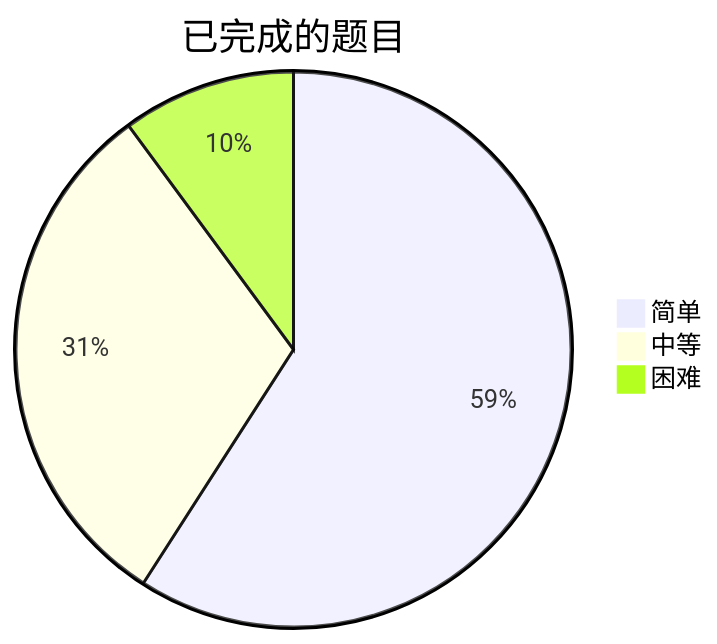
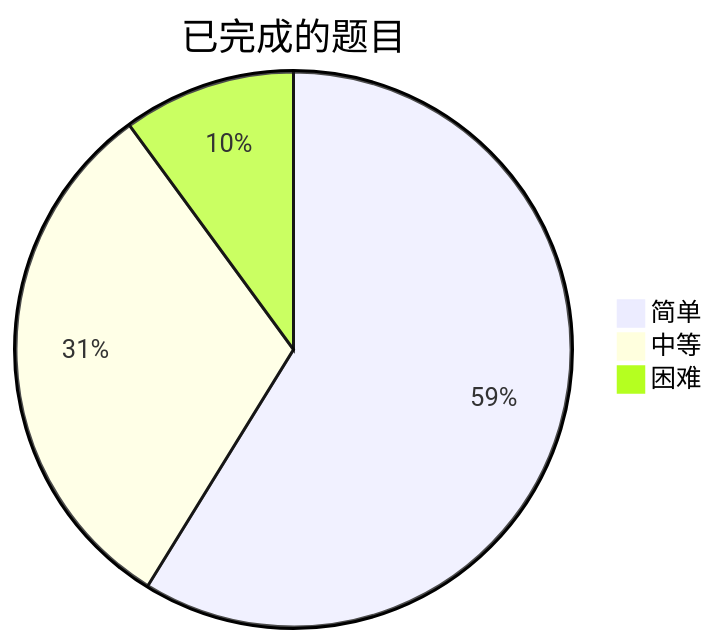
Before and after one commit to kaisa911/LeetCode: the diagram in README.md, drawn with Mermaid. The commit also changed other lines of this file and 4 other files, not shown here.

````diff
--- a/README.md
+++ b/README.md
@@ -12,7 +12,7 @@
 ```mermaid
 pie title 已完成的题目
     "简单" : 117
-    "中等" : 61
+    "中等" : 62
     "困难" : 20
 
 ```
````
